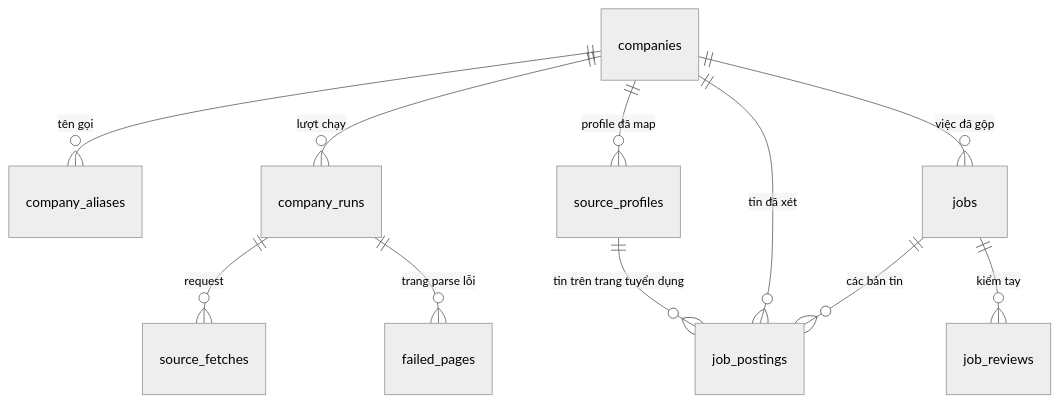
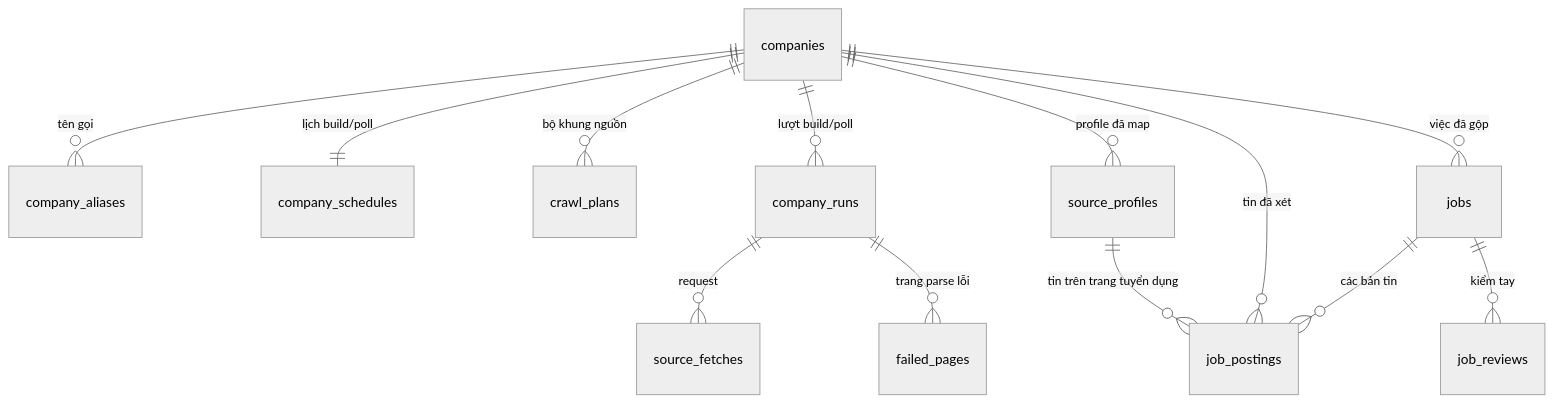
The fifth of 5 diagrams in docs/ARCHITECTURE.md (ntthanh2603/job-crawler), drawn with Mermaid (neutral theme) before and after one commit. The commit also changed other lines of this file and 3 other files, not shown here.

First line of the commit message:
docs: architecture, operations and 10k deployment for build/poll + workers

````diff
--- a/docs/ARCHITECTURE.md
+++ b/docs/ARCHITECTURE.md
@@ -332,13 +385,15 @@
 ```mermaid
 erDiagram
   companies ||--o{ company_aliases : "tên gọi"
-  companies ||--o{ company_runs : "lượt chạy"
+  companies ||--|| company_schedules : "lịch build/poll"
+  companies ||--o{ crawl_plans : "bộ khung nguồn"
+  companies ||--o{ company_runs : "lượt build/poll"
   company_runs ||--o{ source_fetches : "request"
   company_runs ||--o{ failed_pages : "trang parse lỗi"
   companies ||--o{ source_profiles : "profile đã map"
   source_profiles ||--o{ job_postings : "tin trên trang tuyển dụng"
   companies ||--o{ job_postings : "tin đã xét"
   companies ||--o{ jobs : "việc đã gộp"
   jobs ||--o{ job_postings : "các bản tin"
   jobs ||--o{ job_reviews : "kiểm tay"
 ```
````
